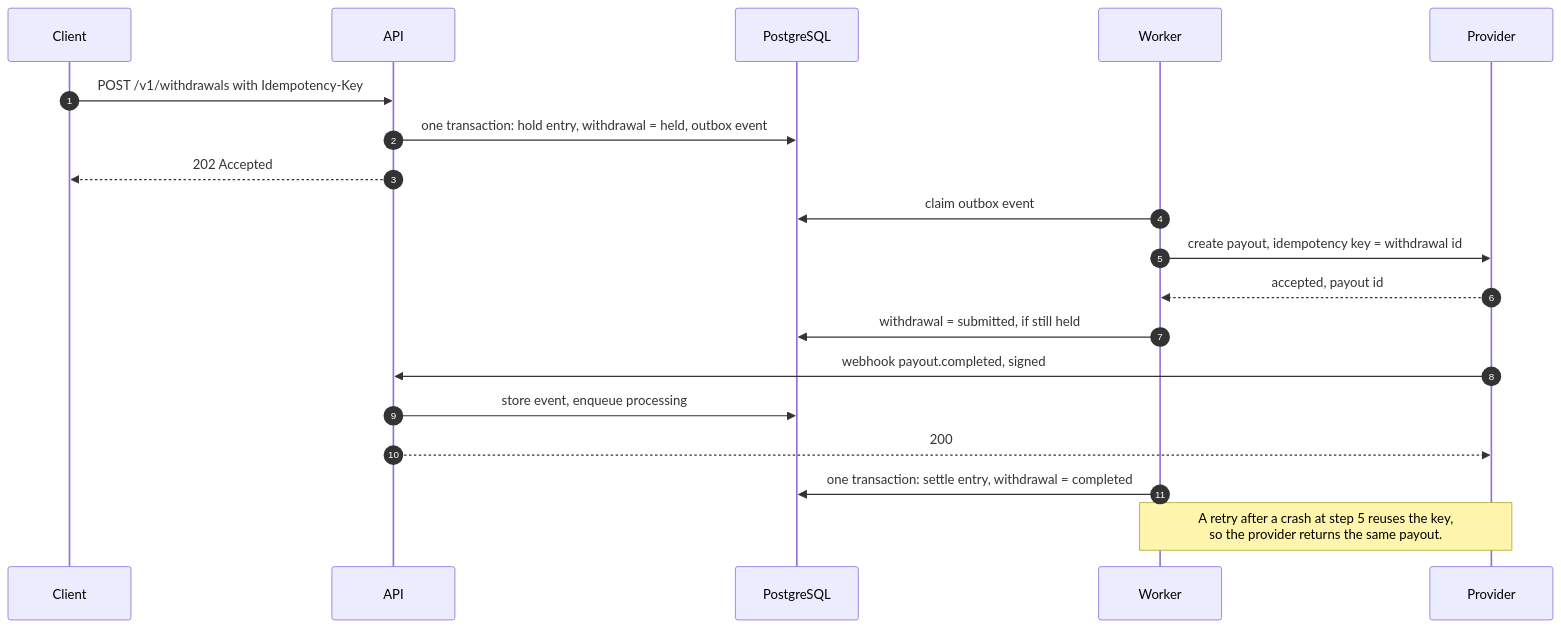
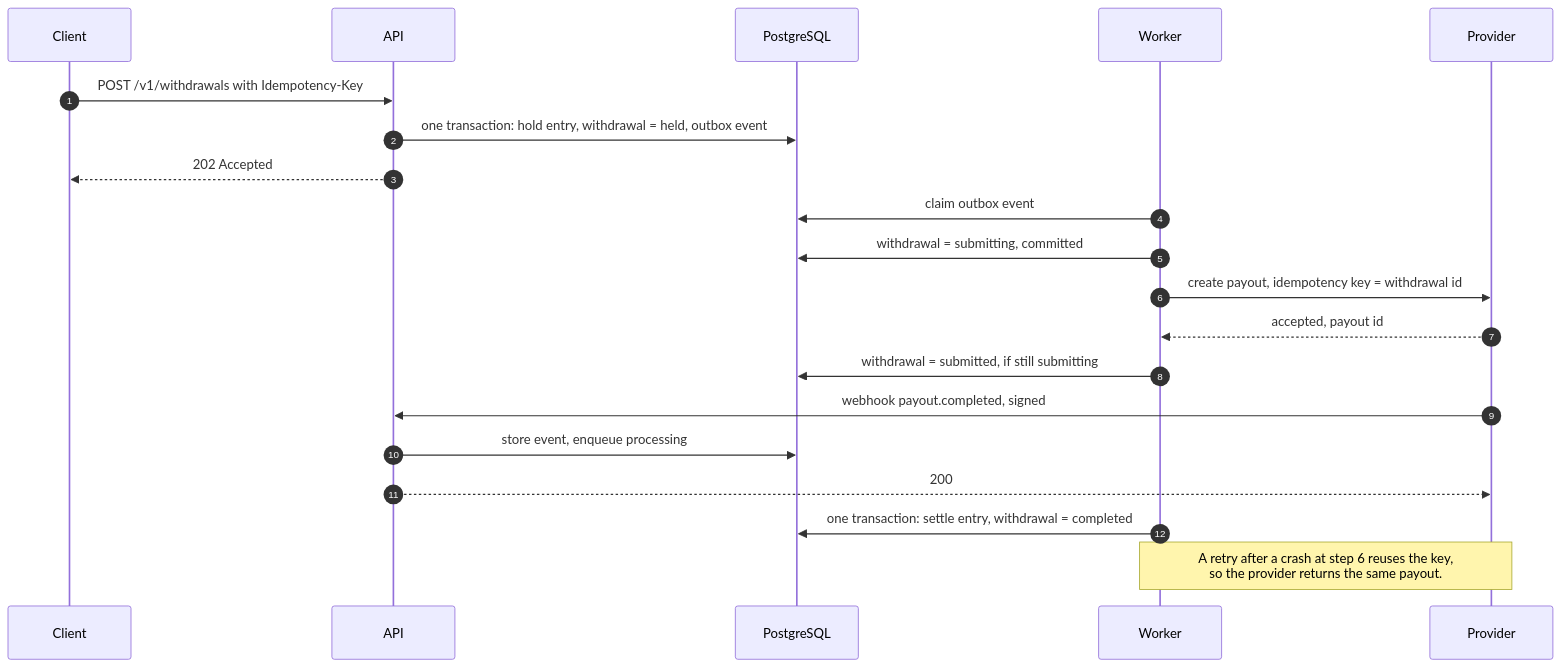
One commit to AaronJAdler/corridor changed the seventh of 8 diagrams in docs/architecture.md. Above: the diagram before and after it, drawn with Mermaid. The commit also changed other lines of this file and 27 other files, not shown here.

````diff
--- a/docs/architecture.md
+++ b/docs/architecture.md
@@ -607,22 +823,23 @@
 ```mermaid
 sequenceDiagram
     autonumber
     participant C as Client
     participant A as API
     participant DB as PostgreSQL
     participant W as Worker
     participant P as Provider
 
     C->>A: POST /v1/withdrawals with Idempotency-Key
     A->>DB: one transaction: hold entry, withdrawal = held, outbox event
     A-->>C: 202 Accepted
     W->>DB: claim outbox event
+    W->>DB: withdrawal = submitting, committed
     W->>P: create payout, idempotency key = withdrawal id
     P-->>W: accepted, payout id
-    W->>DB: withdrawal = submitted, if still held
+    W->>DB: withdrawal = submitted, if still submitting
     P->>A: webhook payout.completed, signed
     A->>DB: store event, enqueue processing
     A-->>P: 200
     W->>DB: one transaction: settle entry, withdrawal = completed
-    Note over W,P: A retry after a crash at step 5 reuses the key,<br/>so the provider returns the same payout.
+    Note over W,P: A retry after a crash at step 6 reuses the key,<br/>so the provider returns the same payout.
 ```
````
